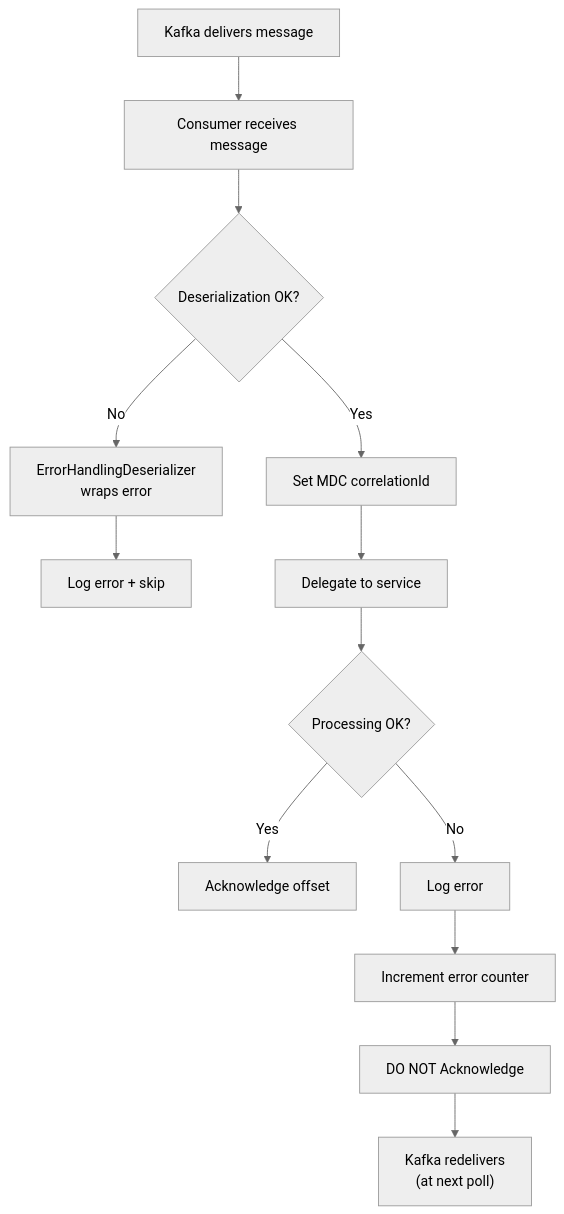
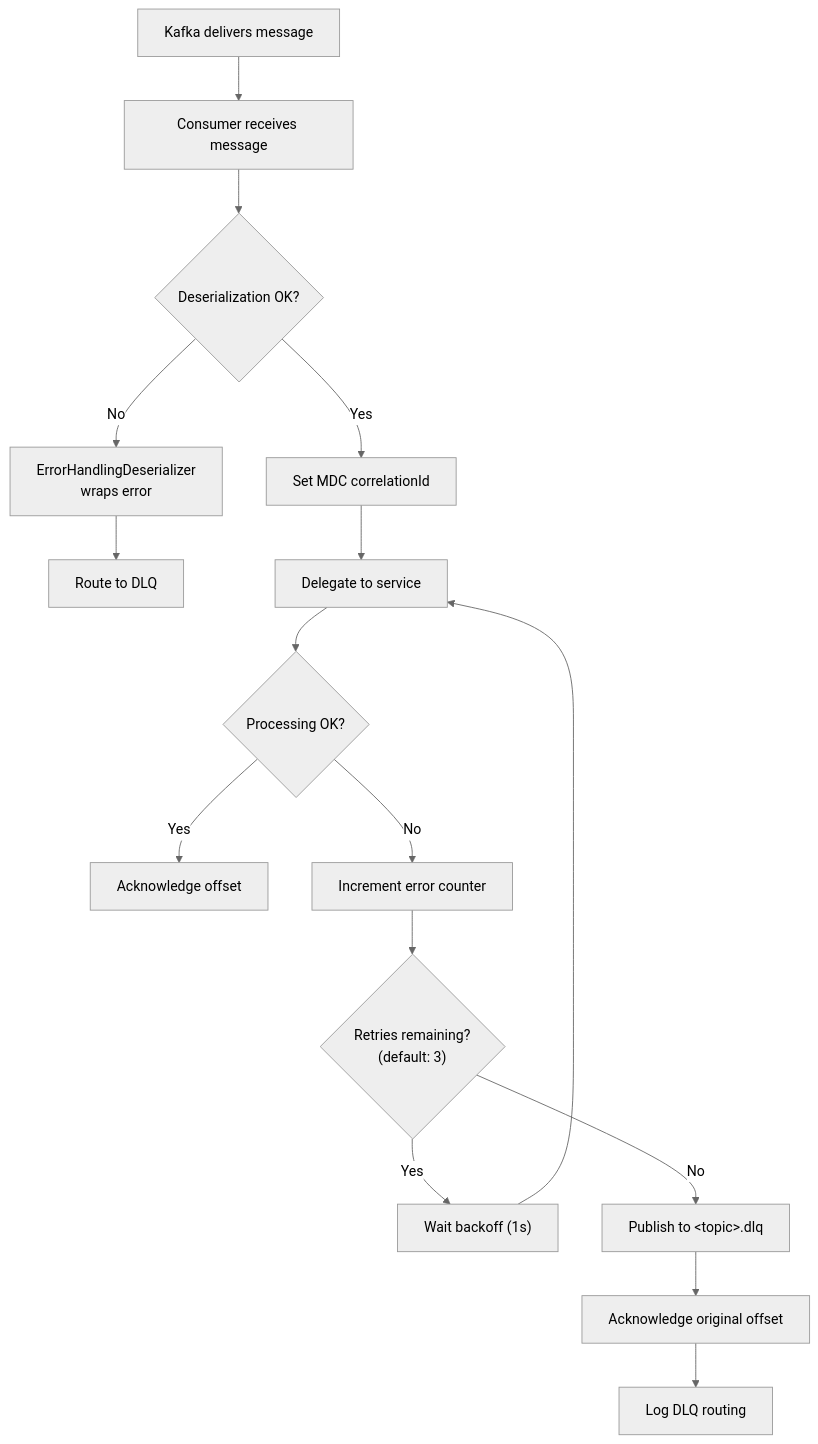
Before and after one commit to Jayaprakash8887/cce-compliance-service: the seventh of 7 diagrams in docs/flow-diagrams.md, drawn with Mermaid (neutral theme). The commit also changed 11 other files, not shown here.

````diff
--- a/docs/flow-diagrams.md
+++ b/docs/flow-diagrams.md
@@ -341,16 +341,19 @@
 ```mermaid
 flowchart TD
     A["Kafka delivers message"] --> B["Consumer receives message"]
     B --> C{"Deserialization OK?"}
     C -->|"No"| D["ErrorHandlingDeserializer<br/>wraps error"]
-    D --> E["Log error + skip"]
+    D --> D2["Route to DLQ"]
 
     C -->|"Yes"| F["Set MDC correlationId"]
     F --> G["Delegate to service"]
     G --> H{"Processing OK?"}
     H -->|"Yes"| I["Acknowledge offset"]
-    H -->|"No"| J["Log error"]
-    J --> K["Increment error counter"]
-    K --> L["DO NOT Acknowledge"]
-    L --> M["Kafka redelivers<br/>(at next poll)"]
+    H -->|"No"| J["Increment error counter"]
+    J --> K{"Retries remaining?<br/>(default: 3)"}
+    K -->|"Yes"| L["Wait backoff (1s)"]
+    L --> G
+    K -->|"No"| M["Publish to &lt;topic&gt;.dlq"]
+    M --> N["Acknowledge original offset"]
+    N --> O["Log DLQ routing"]
 ```
````
